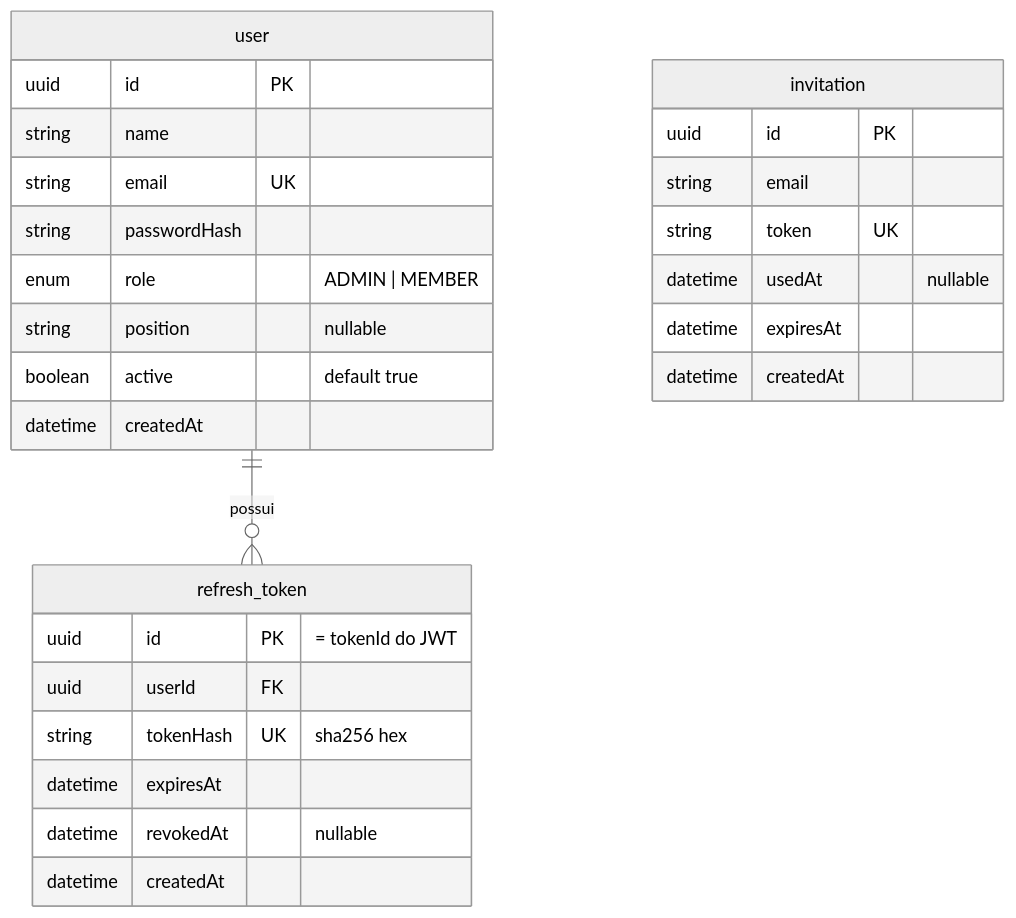
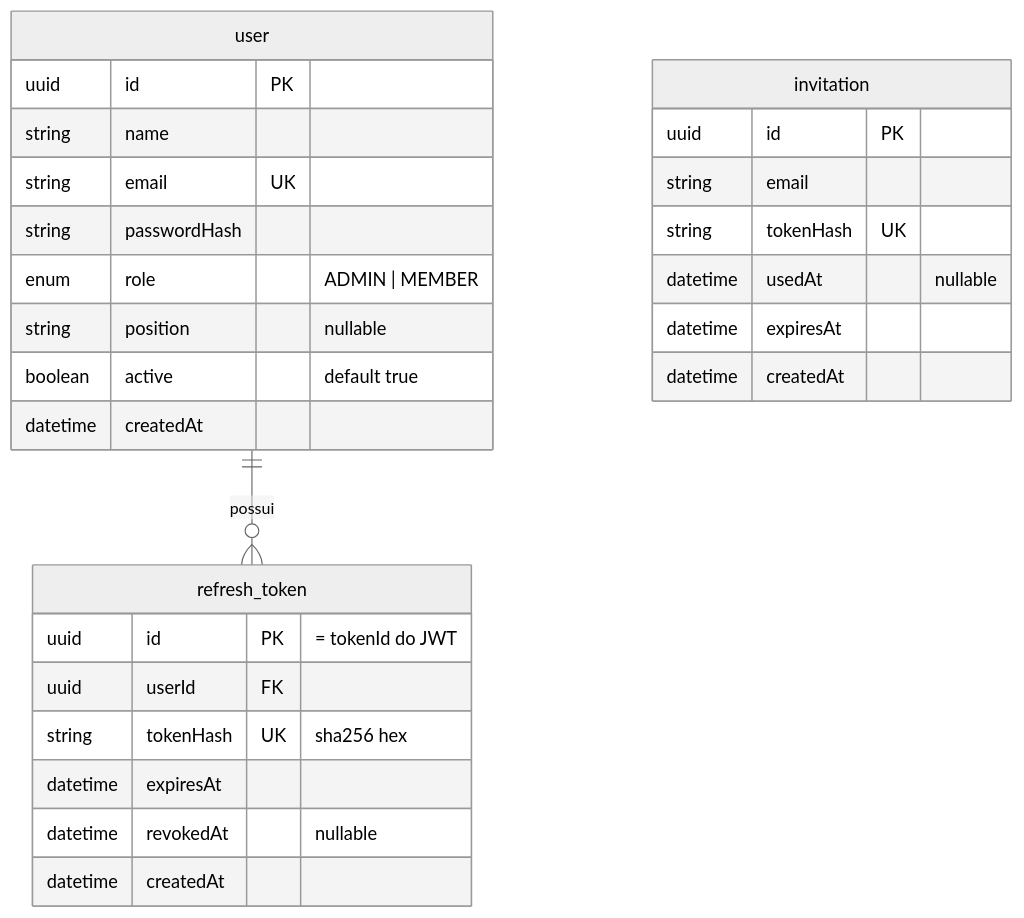
One commit to TiagoM13/kpi-corp changed the third of 3 diagrams in docs/modules/auth.md. Above: the diagram before and after it, drawn with Mermaid (neutral theme). The commit also changed other lines of this file and 8 other files, not shown here.

````diff
--- a/docs/modules/auth.md
+++ b/docs/modules/auth.md
@@ -92,30 +92,30 @@
 ```mermaid
 erDiagram
     user ||--o{ refresh_token : possui
     user {
         uuid id PK
         string name
         string email UK
         string passwordHash
         enum role "ADMIN | MEMBER"
         string position "nullable"
         boolean active "default true"
         datetime createdAt
     }
     refresh_token {
         uuid id PK "= tokenId do JWT"
         uuid userId FK
         string tokenHash UK "sha256 hex"
         datetime expiresAt
         datetime revokedAt "nullable"
         datetime createdAt
     }
     invitation {
         uuid id PK
         string email
-        string token UK
+        string tokenHash UK
         datetime usedAt "nullable"
         datetime expiresAt
         datetime createdAt
     }
 ```
````
